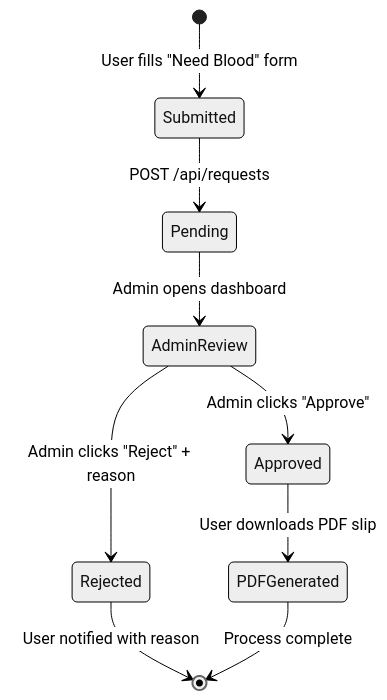
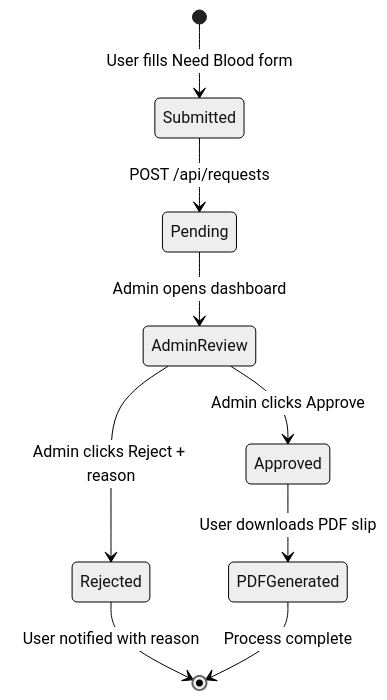
Before and after one commit to rajayush6200/VitalLink: the fourth of 5 diagrams in README.md, drawn with Mermaid (neutral theme). The commit also changed other lines of this file, not shown here.

Commit message:
docs: Redesign README with premium layout and fix Mermaid syntax

````diff
--- a/README.md
+++ b/README.md
@@ -413,11 +413,11 @@
 ```mermaid
 stateDiagram-v2
-    [*] --> Submitted: User fills "Need Blood" form
+    [*] --> Submitted: User fills Need Blood form
     Submitted --> Pending: POST /api/requests
     Pending --> AdminReview: Admin opens dashboard
-    AdminReview --> Approved: Admin clicks "Approve"
-    AdminReview --> Rejected: Admin clicks "Reject" + reason
+    AdminReview --> Approved: Admin clicks Approve
+    AdminReview --> Rejected: Admin clicks Reject + reason
     Approved --> PDFGenerated: User downloads PDF slip
     Rejected --> [*]: User notified with reason
     PDFGenerated --> [*]: Process complete
 ```
````
